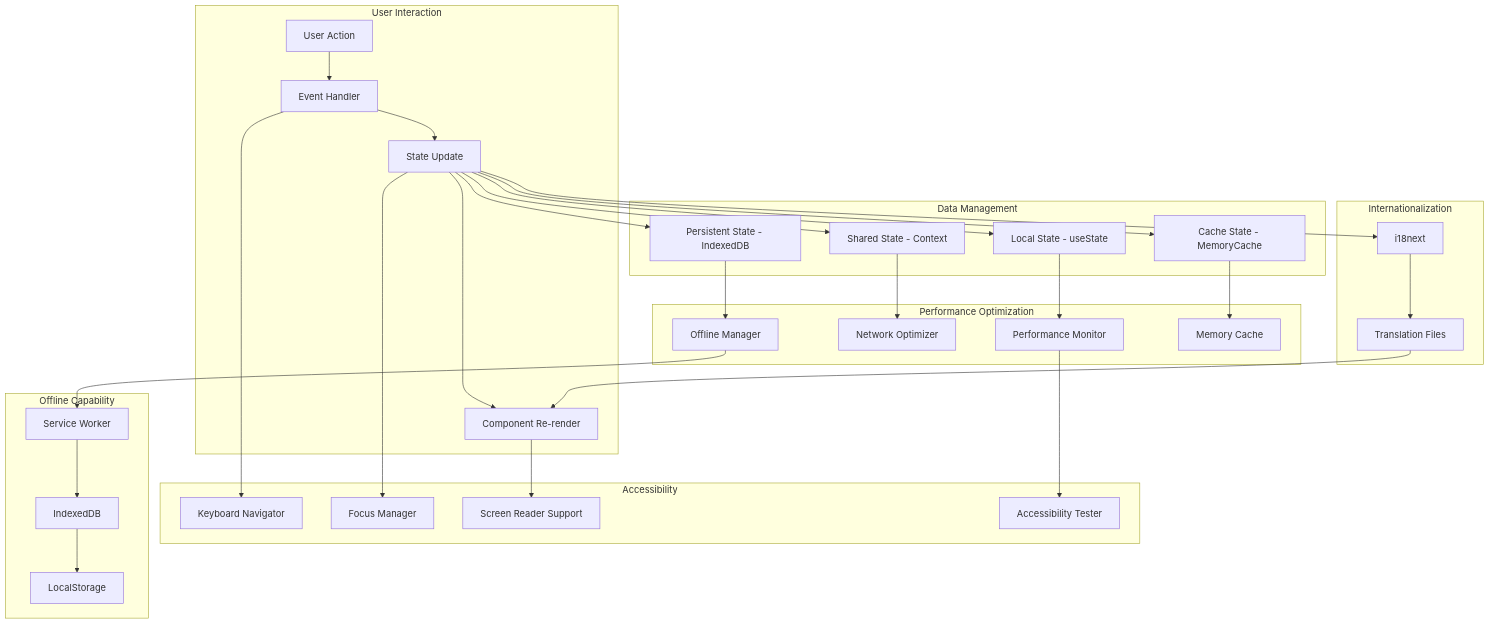
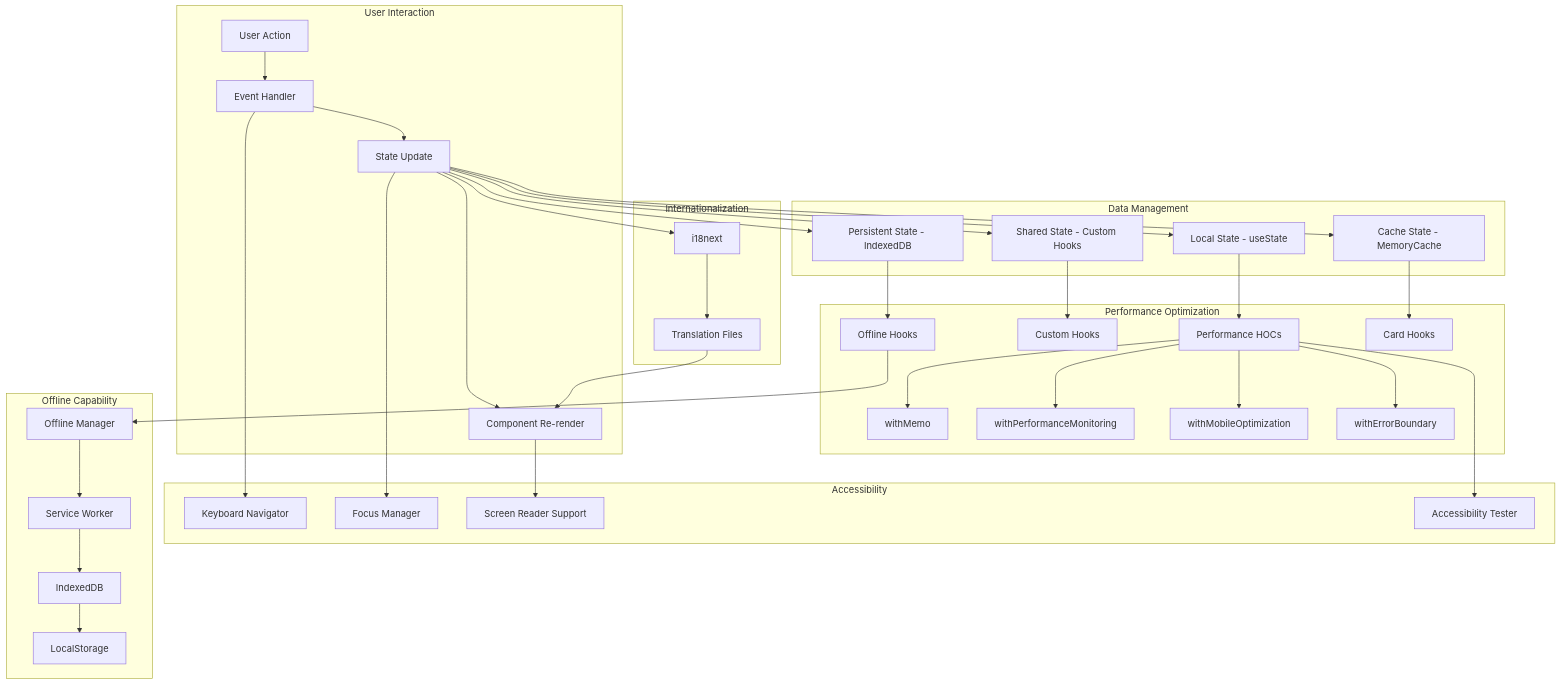
Before and after one commit to parnamail/abc-racing: the second of 11 diagrams in ARCHITECTURE_DIAGRAM.md, drawn with Mermaid. The commit also changed other lines of this file, not shown here.

Commit message:
Architecture diagram updated

````diff
--- a/ARCHITECTURE_DIAGRAM.md
+++ b/ARCHITECTURE_DIAGRAM.md
@@ -88,41 +126,47 @@
 ```mermaid
 flowchart TD
     subgraph "User Interaction"
         User[User Action] --> Event[Event Handler]
         Event --> State[State Update]
         State --> Render[Component Re-render]
     end
 
     subgraph "Data Management"
         State --> LocalState[Local State - useState]
-        State --> SharedState[Shared State - Context]
+        State --> SharedState[Shared State - Custom Hooks]
         State --> PersistentState[Persistent State - IndexedDB]
         State --> CacheState[Cache State - MemoryCache]
     end
 
     subgraph "Performance Optimization"
-        LocalState --> PerformanceMonitor[Performance Monitor]
-        SharedState --> NetworkOptimizer[Network Optimizer]
-        PersistentState --> OfflineManager[Offline Manager]
-        CacheState --> MemoryCache[Memory Cache]
+        LocalState --> PerformanceHOCs[Performance HOCs]
+        SharedState --> CustomHooks[Custom Hooks]
+        PersistentState --> OfflineHooks[Offline Hooks]
+        CacheState --> CardHooks[Card Hooks]
+        
+        PerformanceHOCs --> withMemo[withMemo]
+        PerformanceHOCs --> withPerformanceMonitoring[withPerformanceMonitoring]
+        PerformanceHOCs --> withMobileOptimization[withMobileOptimization]
+        PerformanceHOCs --> withErrorBoundary[withErrorBoundary]
     end
 
     subgraph "Accessibility"
         Event --> KeyboardNavigator[Keyboard Navigator]
         State --> FocusManager[Focus Manager]
         Render --> ScreenReader[Screen Reader Support]
-        PerformanceMonitor --> AccessibilityTester[Accessibility Tester]
+        PerformanceHOCs --> AccessibilityTester[Accessibility Tester]
     end
 
     subgraph "Internationalization"
         State --> i18n[i18next]
         i18n --> TranslationFiles[Translation Files]
         TranslationFiles --> Render
     end
 
     subgraph "Offline Capability"
+        OfflineHooks --> OfflineManager[Offline Manager]
         OfflineManager --> ServiceWorker[Service Worker]
         ServiceWorker --> IndexedDB[IndexedDB]
         IndexedDB --> LocalStorage[LocalStorage]
     end
 ```
````
